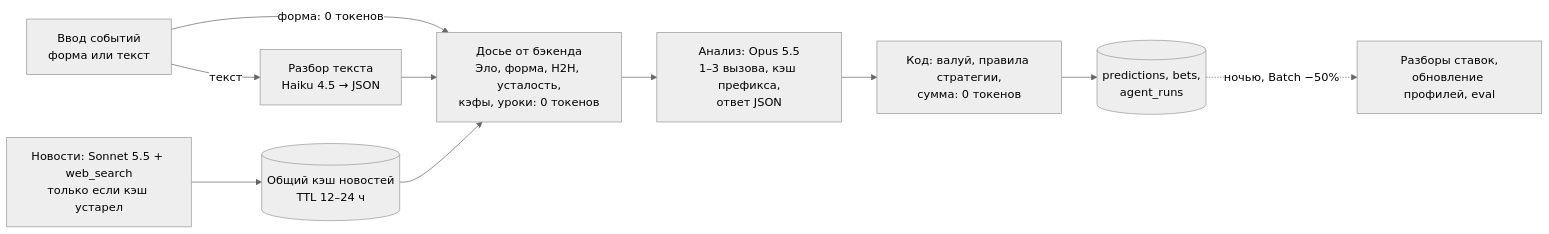
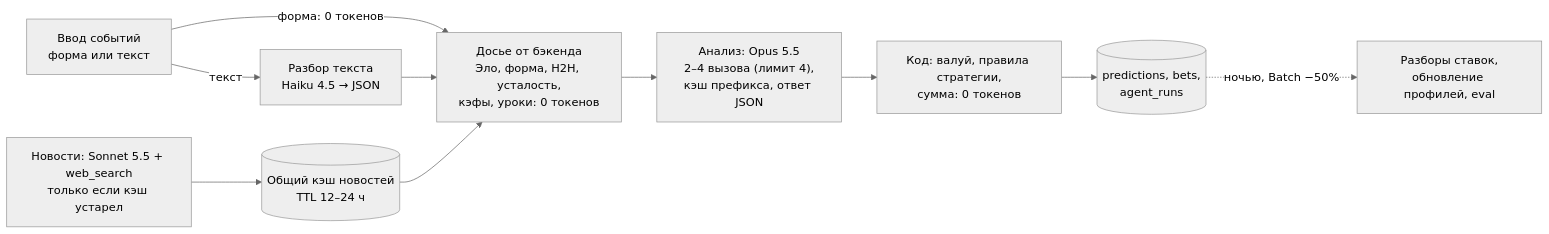
One commit to rvburov/ai_agent_capper changed the diagram in docs/TOKEN_ECONOMY.md. Above: the diagram before and after it, drawn with Mermaid (neutral theme). The commit also changed other lines of this file, not shown here.

Commit message:
TOKEN_ECONOMY: правки по проверке фактов (кэш, eval, цены, связь с макетом)

````diff
--- a/docs/TOKEN_ECONOMY.md
+++ b/docs/TOKEN_ECONOMY.md
@@ -309,12 +319,12 @@
 ```mermaid
 flowchart LR
   A["Ввод событий<br/>форма или текст"] -->|текст| B["Разбор текста<br/>Haiku 4.5 → JSON"]
   A -->|форма: 0 токенов| C
   B --> C["Досье от бэкенда<br/>Эло, форма, H2H, усталость,<br/>кэфы, уроки: 0 токенов"]
   N[("Общий кэш новостей<br/>TTL 12–24 ч")] --> C
   W["Новости: Sonnet 5.5 + web_search<br/>только если кэш устарел"] --> N
-  C --> D["Анализ: Opus 5.5<br/>1–3 вызова, кэш префикса,<br/>ответ JSON"]
+  C --> D["Анализ: Opus 5.5<br/>2–4 вызова (лимит 4),<br/>кэш префикса, ответ JSON"]
   D --> E["Код: валуй, правила стратегии,<br/>сумма: 0 токенов"]
   E --> F[("predictions, bets,<br/>agent_runs")]
   F -.->|"ночью, Batch −50%"| G["Разборы ставок,<br/>обновление профилей, eval"]
 ```
````
